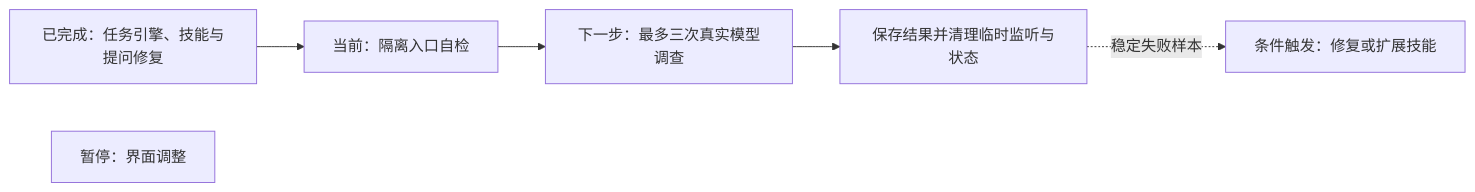
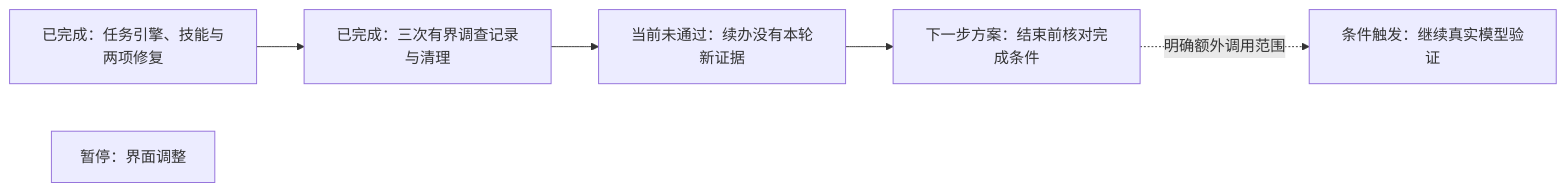
One commit to Sugarfarmeriod/TunnelMinion changed the diagram in docs/project/stages/2026-10-20-agent-task-live-acceptance.md. Above: the diagram before and after it, drawn with Mermaid. The commit also changed other lines of this file and 2 other files, not shown here.

````diff
--- a/docs/project/stages/2026-10-20-agent-task-live-acceptance.md
+++ b/docs/project/stages/2026-10-20-agent-task-live-acceptance.md
@@ -38,8 +38,8 @@
 ```mermaid
 flowchart LR
-    A["已完成：任务引擎、技能与提问修复"] --> B["当前：隔离入口自检"]
-    B --> C["下一步：最多三次真实模型调查"]
-    C --> D["保存结果并清理临时监听与状态"]
-    D -.稳定失败样本.-> E["条件触发：修复或扩展技能"]
+    A["已完成：任务引擎、技能与两项修复"] --> B["已完成：三次有界调查记录与清理"]
+    B --> C["当前未通过：续办没有本轮新证据"]
+    C --> D["下一步方案：结束前核对完成条件"]
+    D -.明确额外调用范围.-> E["条件触发：继续真实模型验证"]
     U["暂停：界面调整"]
 ```
````
